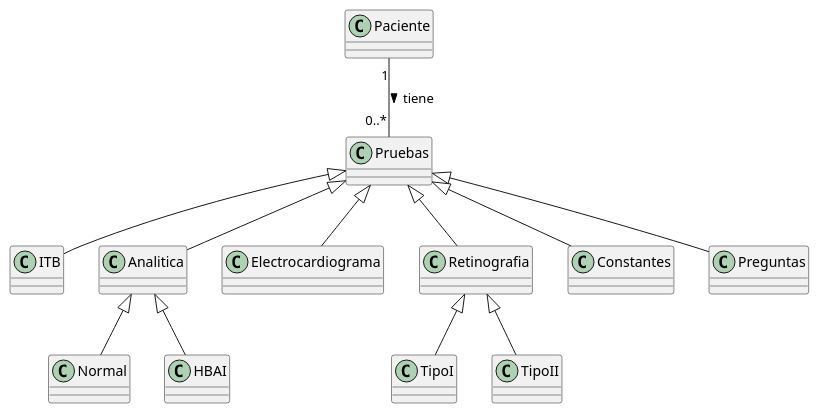
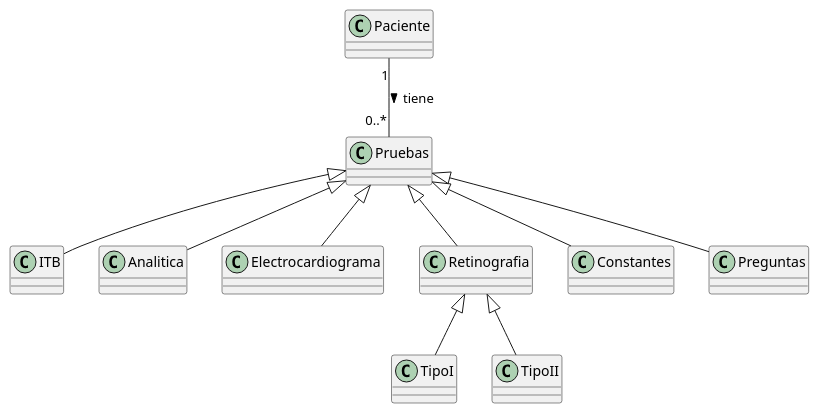
Before and after one commit to mariaarroniz/pySDyPP: the diagram in documentos/01-modeloDeDominio/diagramaDeClases/diagramaDeClases.puml, drawn with PlantUML. The commit also changed 32 other files, not shown here.

```diff
--- a/documentos/01-modeloDeDominio/diagramaDeClases/diagramaDeClases.puml
+++ b/documentos/01-modeloDeDominio/diagramaDeClases/diagramaDeClases.puml
@@ -1,28 +1,24 @@
 @startuml
 
 class Paciente{}
 class Pruebas{}
 class ITB{}
 class Analitica{}
-class Normal{}
-class HBAI{}
 class Electrocardiograma{}
 class Retinografia{}
 class TipoI{}
 class TipoII{}
 class Constantes{}
 class Preguntas{}
 
 Paciente "1" -- "0..*" Pruebas : tiene >
 Pruebas <|--  ITB
 Pruebas <|-- Analitica
 Pruebas <|-- Electrocardiograma
 Pruebas <|-- Retinografia
 Pruebas <|-- Constantes
 Pruebas <|-- Preguntas
-Analitica <|-- Normal
-Analitica <|-- HBAI
 Retinografia <|-- TipoI
 Retinografia <|-- TipoII
 
 @enduml
```
